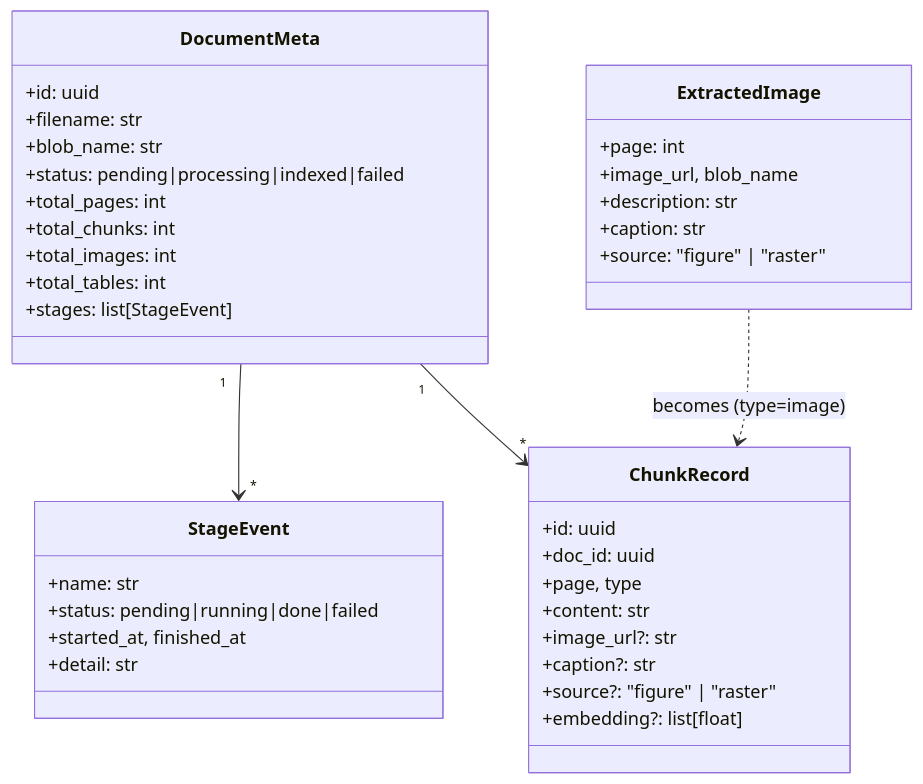
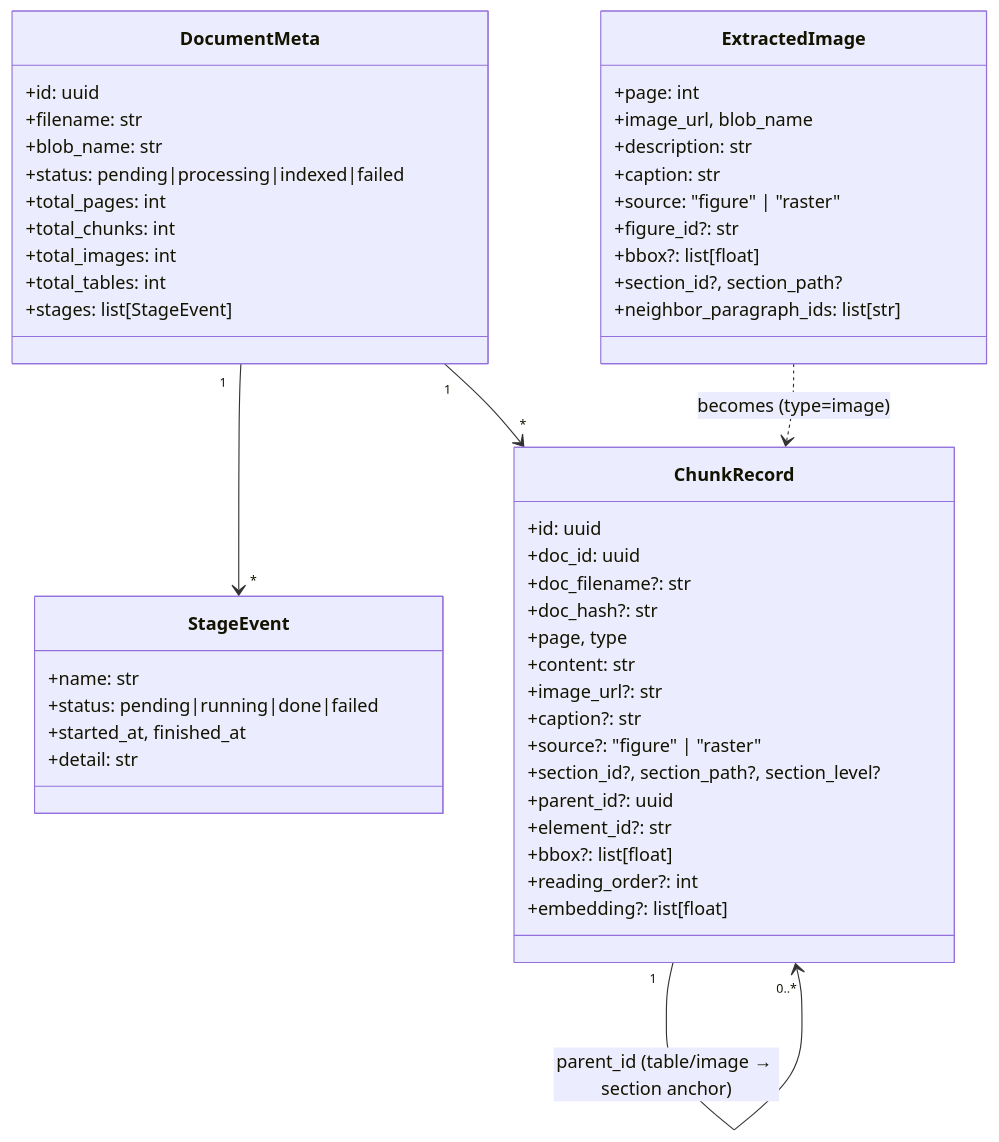
Before and after one commit to nishant5790/doc-mind-ai: the tenth of 10 diagrams in docs/ingestion-pipeline.md, drawn with Mermaid. The commit also changed other lines of this file and 5 other files, not shown here.

````diff
--- a/docs/ingestion-pipeline.md
+++ b/docs/ingestion-pipeline.md
@@ -259,40 +323,52 @@
 ```mermaid
 classDiagram
     class DocumentMeta {
         +id: uuid
         +filename: str
         +blob_name: str
         +status: pending|processing|indexed|failed
         +total_pages: int
         +total_chunks: int
         +total_images: int
         +total_tables: int
         +stages: list[StageEvent]
     }
     class StageEvent {
         +name: str
         +status: pending|running|done|failed
         +started_at, finished_at
         +detail: str
     }
     class ExtractedImage {
         +page: int
         +image_url, blob_name
         +description: str
         +caption: str
         +source: "figure" | "raster"
+        +figure_id?: str
+        +bbox?: list[float]
+        +section_id?, section_path?
+        +neighbor_paragraph_ids: list[str]
     }
     class ChunkRecord {
         +id: uuid
         +doc_id: uuid
+        +doc_filename?: str
+        +doc_hash?: str
         +page, type
         +content: str
         +image_url?: str
         +caption?: str
         +source?: "figure" | "raster"
+        +section_id?, section_path?, section_level?
+        +parent_id?: uuid
+        +element_id?: str
+        +bbox?: list[float]
+        +reading_order?: int
         +embedding?: list[float]
     }
     DocumentMeta "1" --> "*" StageEvent
     DocumentMeta "1" --> "*" ChunkRecord
     ExtractedImage ..> ChunkRecord : becomes (type=image)
+    ChunkRecord "1" --> "0..*" ChunkRecord : parent_id (table/image → section anchor)
 ```
````
